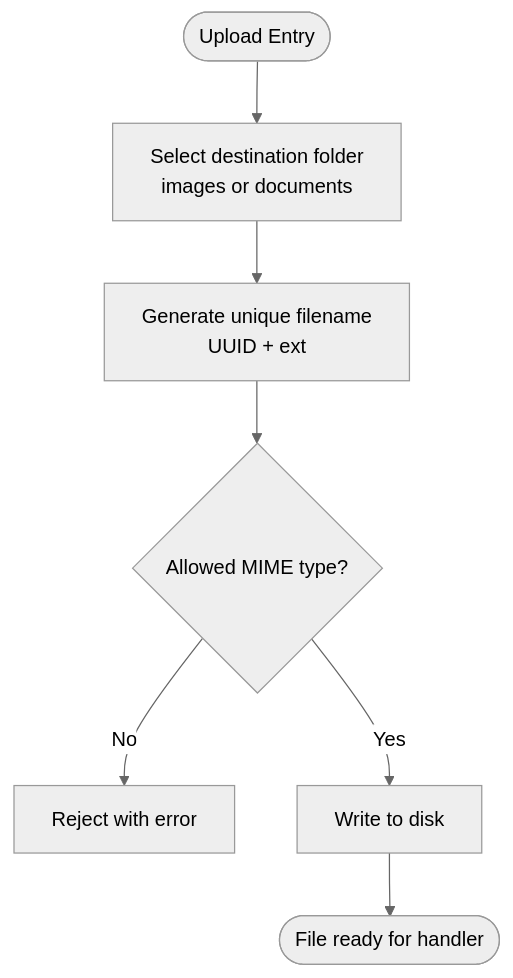
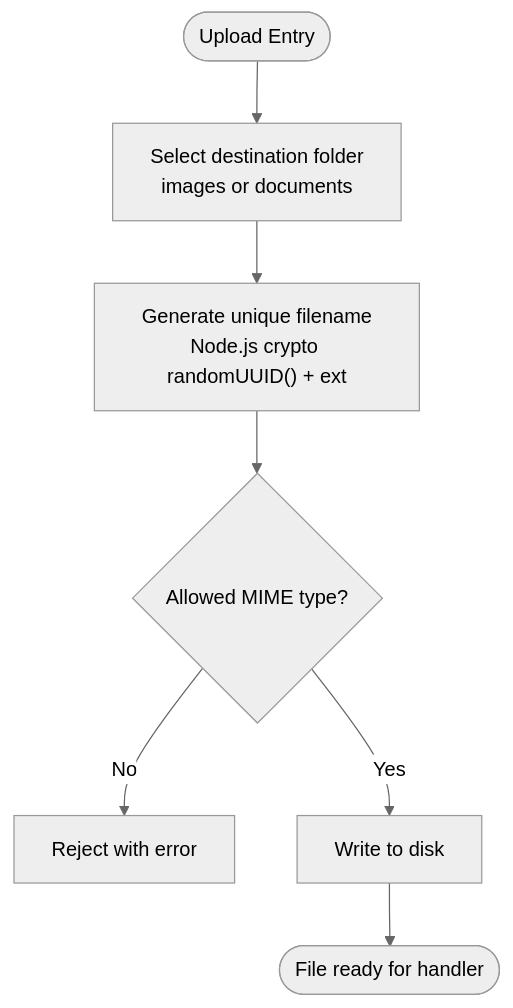
Before and after one commit to NaveenHiranya/Smart-Vehicle-Insurance-Claim-System: the fifth of 9 diagrams in .qoder/repowiki/en/content/Backend Documentation/Middleware & Request Processing/Middleware & Request Processing.md, drawn with Mermaid (neutral theme). The commit also changed other lines of this file and 8 other files, not shown here.

````diff
--- a/.qoder/repowiki/en/content/Backend Documentation/Middleware & Request Processing/Middleware & Request Processing.md
+++ b/.qoder/repowiki/en/content/Backend Documentation/Middleware & Request Processing/Middleware & Request Processing.md
@@ -176,9 +183,9 @@
 ```mermaid
 flowchart TD
 S(["Upload Entry"]) --> Dest["Select destination folder<br/>images or documents"]
-Dest --> Name["Generate unique filename<br/>UUID + ext"]
+Dest --> Name["Generate unique filename<br/>Node.js crypto randomUUID() + ext"]
 Name --> Filter{"Allowed MIME type?"}
 Filter -- No --> Reject["Reject with error"]
 Filter -- Yes --> Save["Write to disk"]
 Save --> Done(["File ready for handler"])
 ```
````
